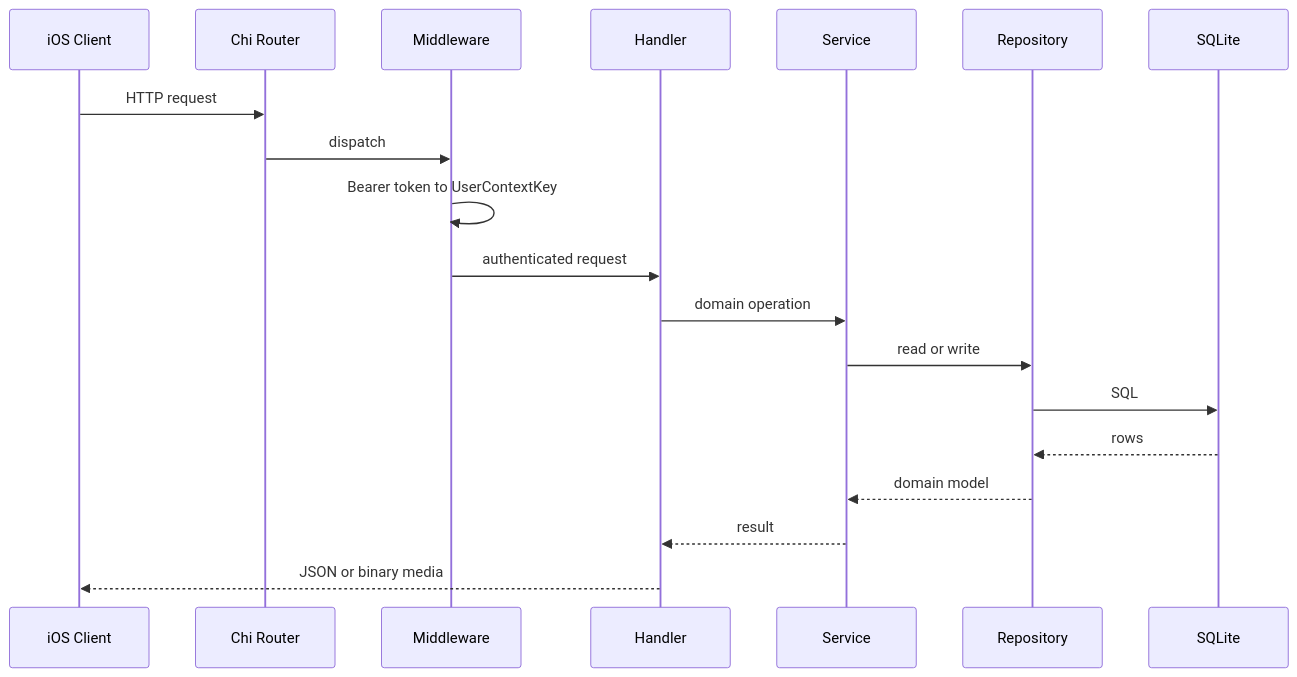
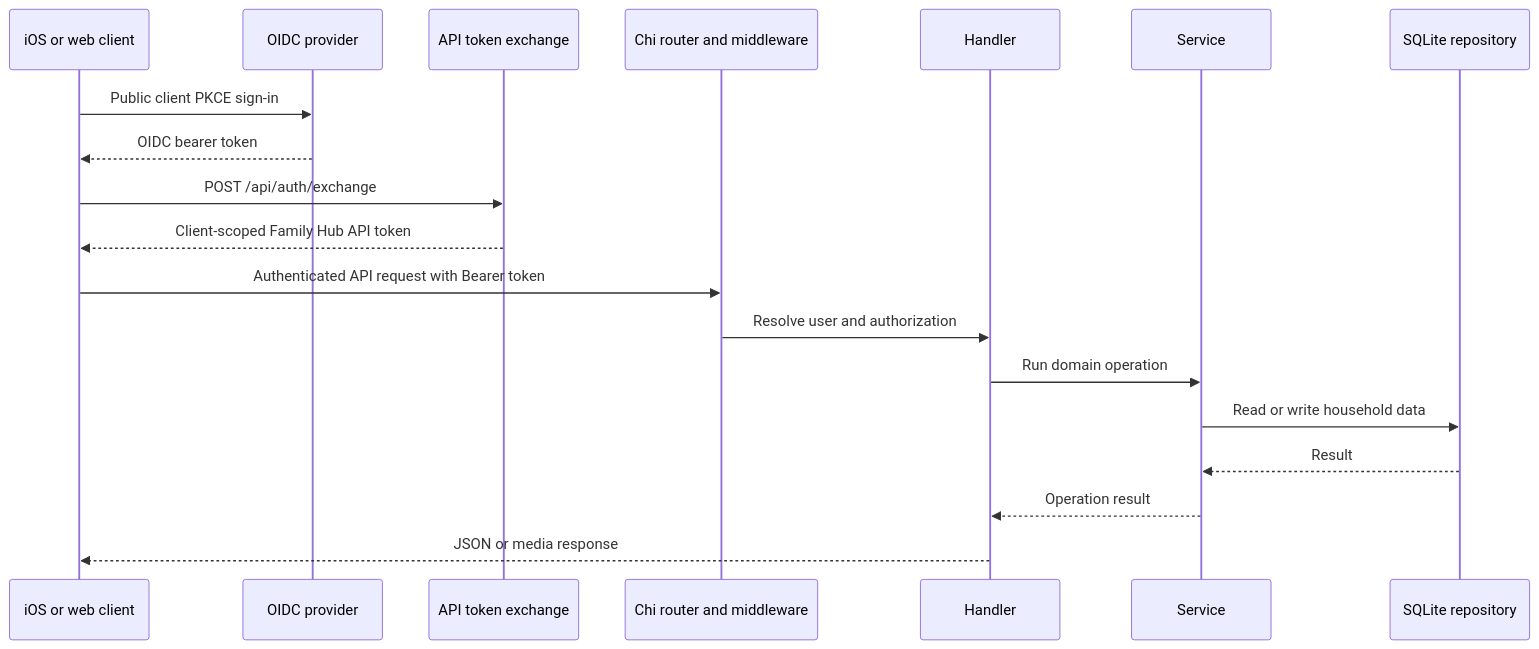
The second of 2 diagrams in docs/ARCHITECTURE.md (BenSuskins/family-hub), drawn with Mermaid before and after one commit. The commit also changed other lines of this file and 12 other files, not shown here.

````diff
--- a/docs/ARCHITECTURE.md
+++ b/docs/ARCHITECTURE.md
@@ -36,21 +41,21 @@
 ```mermaid
 sequenceDiagram
-    participant C as iOS Client
-    participant R as Chi Router
-    participant M as Middleware
+    participant C as iOS or web client
+    participant O as OIDC provider
+    participant X as API token exchange
+    participant R as Chi router and middleware
     participant H as Handler
     participant S as Service
-    participant Repo as Repository
-    participant DB as SQLite
-    C->>R: HTTP request
-    R->>M: dispatch
-    M->>M: Bearer token to UserContextKey
-    M->>H: authenticated request
-    H->>S: domain operation
-    S->>Repo: read or write
-    Repo->>DB: SQL
-    DB-->>Repo: rows
-    Repo-->>S: domain model
-    S-->>H: result
-    H-->>C: JSON or binary media
+    participant D as SQLite repository
+    C->>O: Public client PKCE sign-in
+    O-->>C: OIDC bearer token
+    C->>X: POST /api/auth/exchange
+    X-->>C: Client-scoped Family Hub API token
+    C->>R: Authenticated API request with Bearer token
+    R->>H: Resolve user and authorization
+    H->>S: Run domain operation
+    S->>D: Read or write household data
+    D-->>S: Result
+    S-->>H: Operation result
+    H-->>C: JSON or media response
 ```
````
